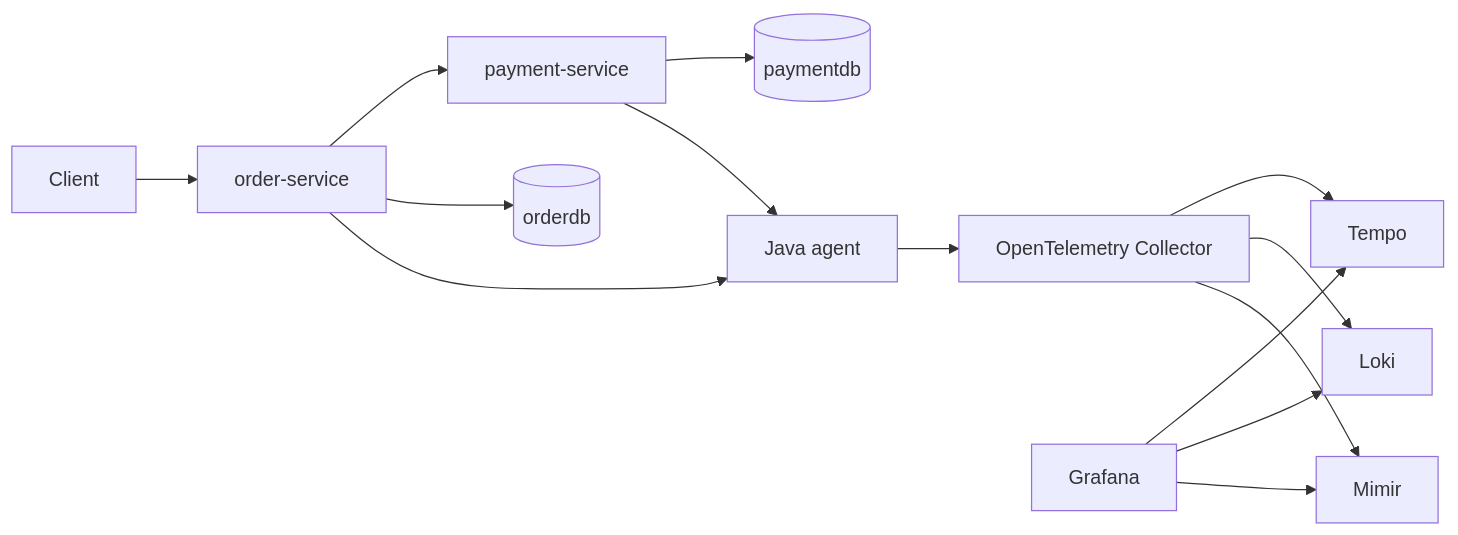
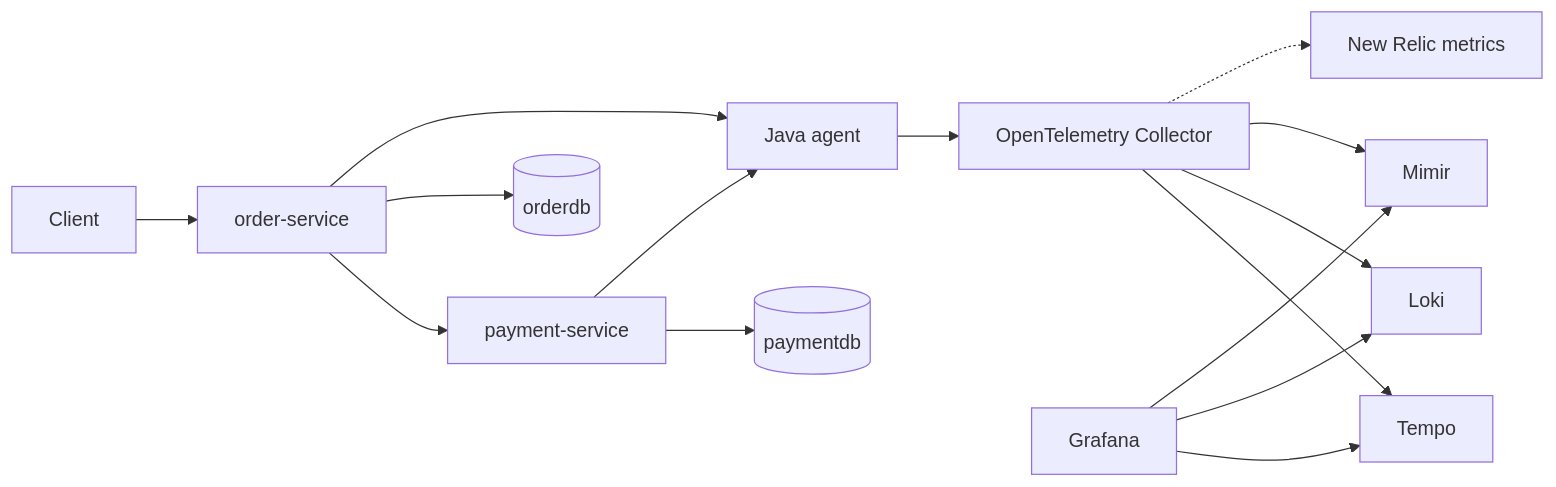
One commit to gbhosal/opentelemetry-tutorial changed the diagram in README.md. Above: the diagram before and after it, drawn with Mermaid. The commit also changed other lines of this file and 3 other files, not shown here.

First line of the commit message:
Enhance OpenTelemetry demo with New Relic metrics integration

````diff
--- a/README.md
+++ b/README.md
@@ -19,16 +19,17 @@
 ```mermaid
 flowchart LR
     Client --> Order[order-service]
     Order --> Payment[payment-service]
     Order --> OrderDB[(orderdb)]
     Payment --> PaymentDB[(paymentdb)]
     Order --> Agent[Java agent]
     Payment --> Agent
     Agent --> Collector[OpenTelemetry Collector]
     Collector --> Tempo
     Collector --> Loki
     Collector --> Mimir
+    Collector -.-> NewRelic[New Relic metrics]
     Grafana --> Tempo
     Grafana --> Loki
     Grafana --> Mimir
 ```
````
